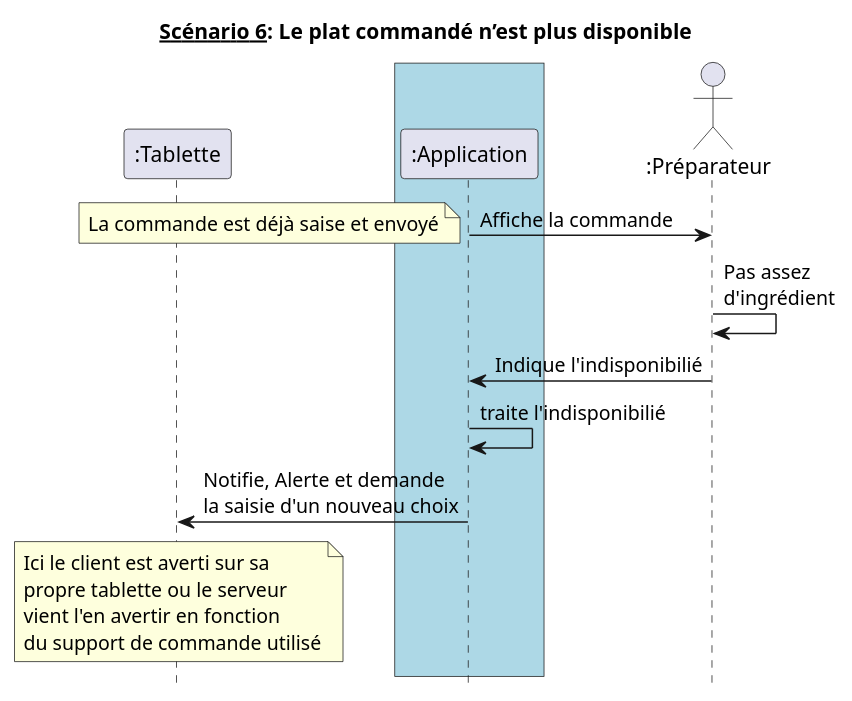
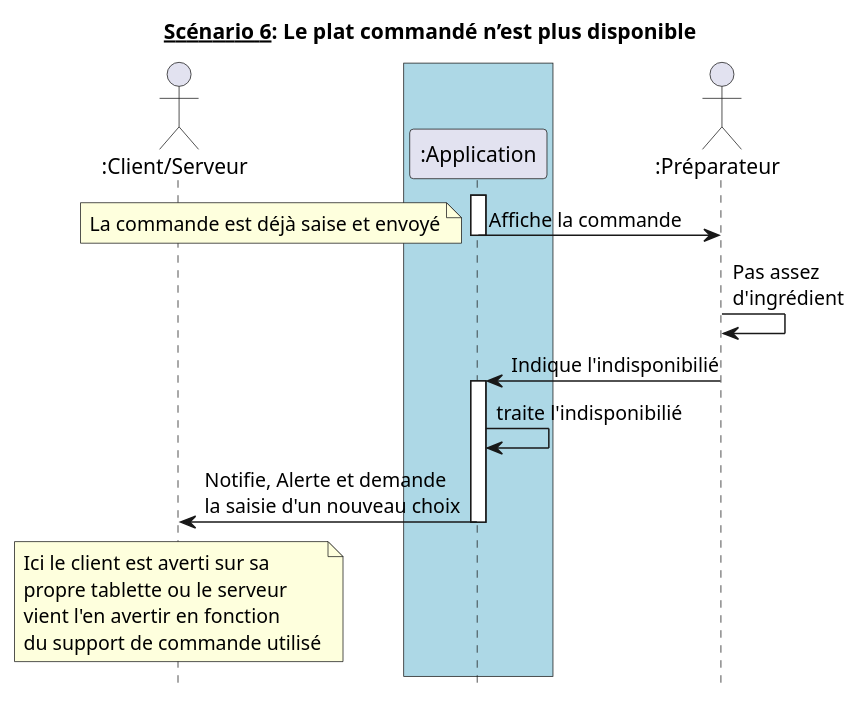
One commit to hulskenA/GL-Les_seigneurs_du_resto changed the diagram in diagrammes_sequences/ds6.md. Above: the diagram before and after it, drawn with PlantUML. The commit also changed 15 other files, not shown here.

````diff
--- a/diagrammes_sequences/ds6.md
+++ b/diagrammes_sequences/ds6.md
@@ -1,32 +1,36 @@
 ```puml
 @startuml
 hide footbox
 title __Scénario 6__: Le plat commandé n’est plus disponible
 
-participant ":Tablette" as Tablette order 10
+actor ":Client/Serveur" as Tablette order 10
 actor ":Préparateur" as Préparateur order 30
 
 box #Lightblue
   participant ":Application" as Application order 20
 endbox
 
+activate Application
 Application -> Préparateur : Affiche la commande
 note left: La commande est déjà saise et envoyé
+deactivate Application
 
 Préparateur -> Préparateur : Pas assez\nd'ingrédient
 Préparateur -> Application : Indique l'indisponibilié
+activate Application
 
 Application -> Application : traite l'indisponibilié
 
 Tablette <- Application : Notifie, Alerte et demande\nla saisie d'un nouveau choix
+deactivate Application
 
 note over Tablette
   Ici le client est averti sur sa
   propre tablette ou le serveur
   vient l'en avertir en fonction
   du support de commande utilisé
 end note
 
 @enduml
 
 ```
````
